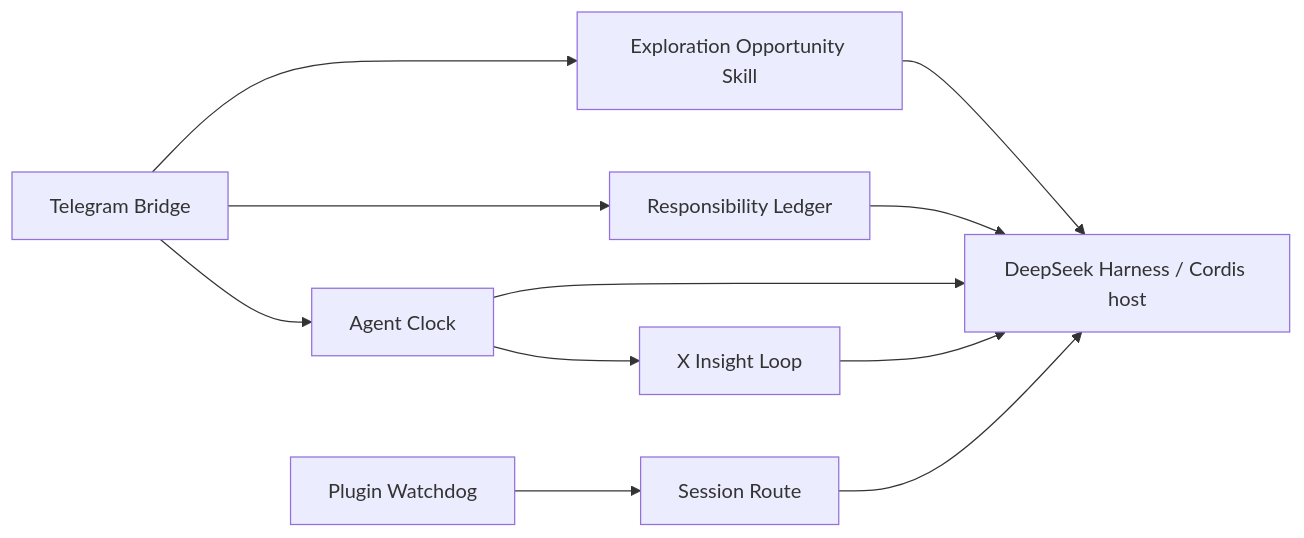
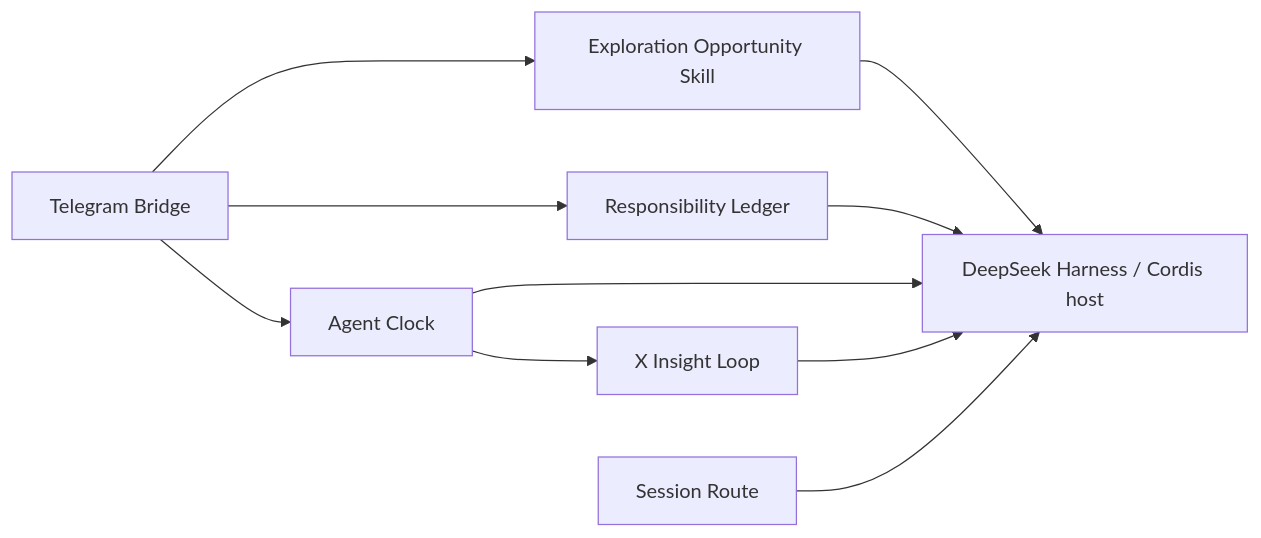
Before and after one commit to HYBB-rash/dsh-plugins: the diagram in README.en.md, drawn with Mermaid. The commit also changed other lines of this file and 8 other files, not shown here.

````diff
--- a/README.en.md
+++ b/README.en.md
@@ -23,13 +22,12 @@
 ```mermaid
 flowchart LR
   TG[Telegram Bridge] --> A[Responsibility Ledger]
   TG --> C[Agent Clock]
   C --> X[X Insight Loop]
   TG --> E[Exploration Opportunity Skill]
   E --> DSH
   A --> DSH[DeepSeek Harness / Cordis host]
   C --> DSH
   X --> DSH
   R[Session Route] --> DSH
-  W[Plugin Watchdog] --> R
 ```
````
